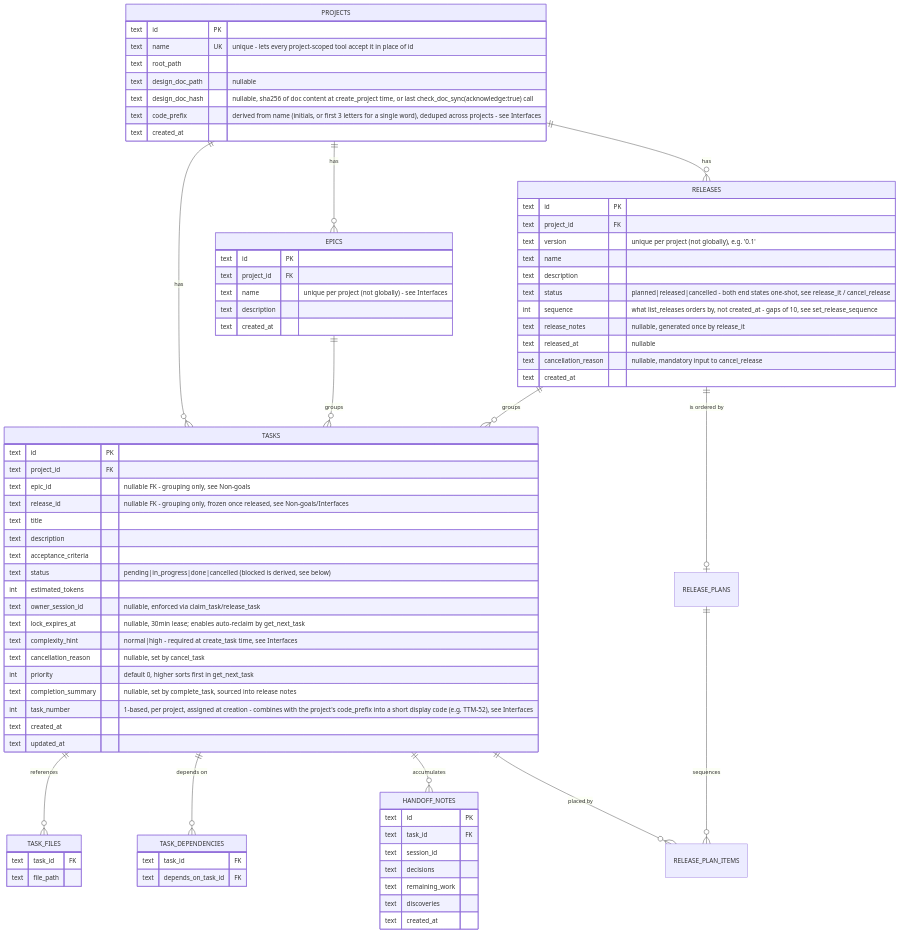
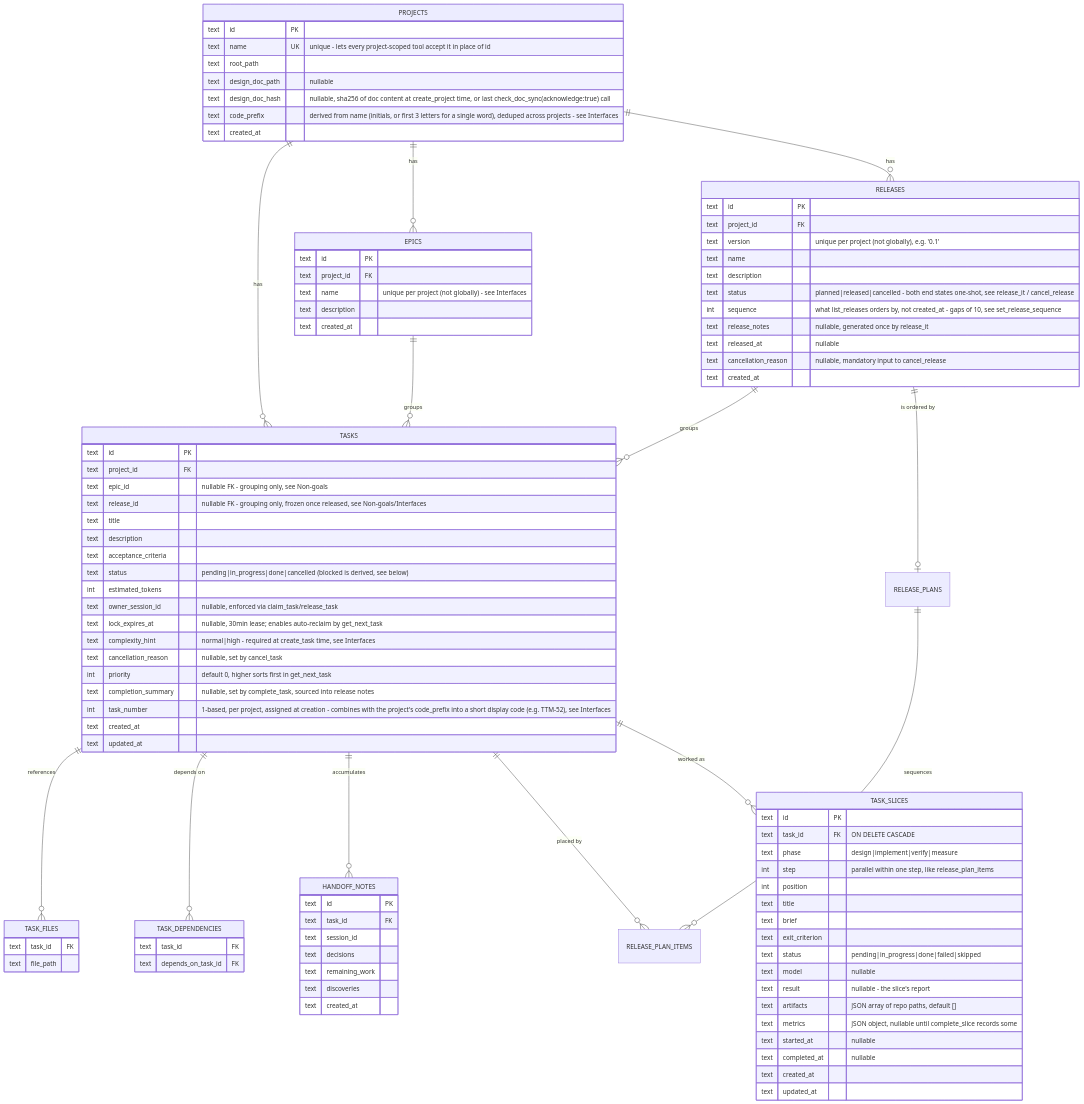
Before and after one commit to madmurdok/task-tracker-mcp: the third of 3 diagrams in docs/architecture/task-tracker-mcp.md, drawn with Mermaid. The commit also changed other lines of this file and 2 other files, not shown here.

Commit message:
docs: document task slices (TTM-83 S2)

````diff
--- a/docs/architecture/task-tracker-mcp.md
+++ b/docs/architecture/task-tracker-mcp.md
@@ -167,6 +167,7 @@
     RELEASES ||--o| RELEASE_PLANS : "is ordered by"
     RELEASE_PLANS ||--o{ RELEASE_PLAN_ITEMS : sequences
     TASKS ||--o{ RELEASE_PLAN_ITEMS : "placed by"
+    TASKS ||--o{ TASK_SLICES : "worked as"
 
     PROJECTS {
         text id PK
@@ -234,4 +235,23 @@
         text discoveries
         text created_at
     }
+    TASK_SLICES {
+        text id PK
+        text task_id FK "ON DELETE CASCADE"
+        text phase "design|implement|verify|measure"
+        int step "parallel within one step, like release_plan_items"
+        int position
+        text title
+        text brief
+        text exit_criterion
+        text status "pending|in_progress|done|failed|skipped"
+        text model "nullable"
+        text result "nullable - the slice's report"
+        text artifacts "JSON array of repo paths, default []"
+        text metrics "JSON object, nullable until complete_slice records some"
+        text started_at "nullable"
+        text completed_at "nullable"
+        text created_at
+        text updated_at
+    }
 ```
````
